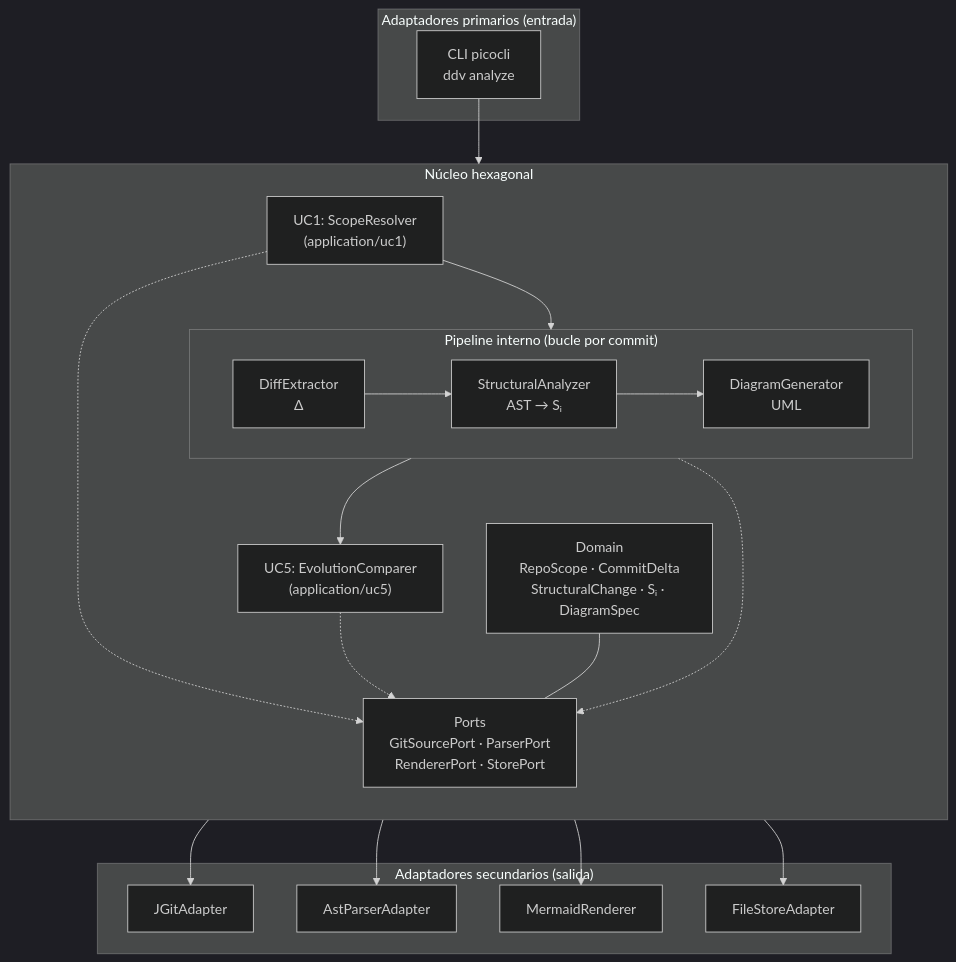
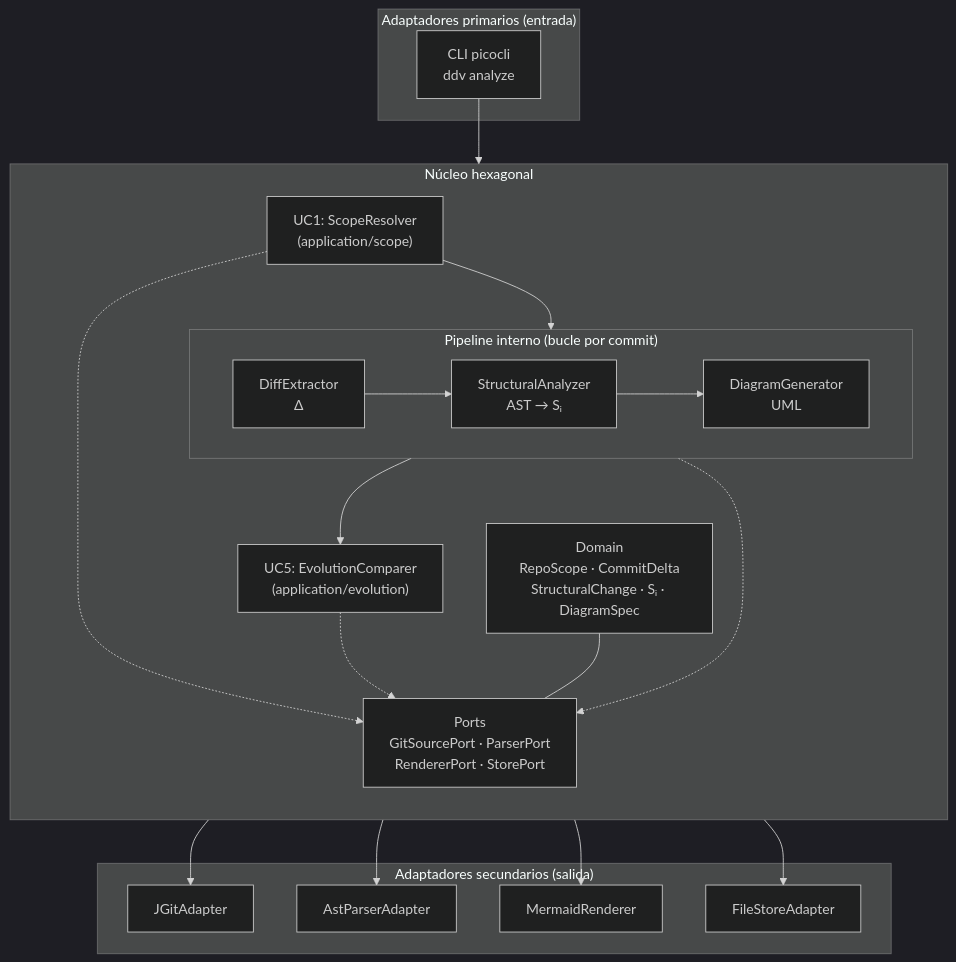
The first of 3 diagrams in docs/architecture.md (van2015/DDV), drawn with Mermaid (dark theme) before and after one commit. The commit also changed other lines of this file and 9 other files, not shown here.

First line of the commit message:
refactor(application): rename uc1/uc5 packages to scope/evolution

````diff
--- a/docs/architecture.md
+++ b/docs/architecture.md
@@ -19,37 +19,37 @@
 ```mermaid
 flowchart TB
     subgraph primarios["Adaptadores primarios (entrada)"]
         CLI["CLI picocli<br/>ddv analyze"]
     end
 
     subgraph nucleo["Núcleo hexagonal"]
         direction TB
-        UC1["UC1: ScopeResolver<br/>(application/uc1)"]
+        UC1["UC1: ScopeResolver<br/>(application/scope)"]
         subgraph pipeline["Pipeline interno (bucle por commit)"]
             direction LR
             P1["DiffExtractor<br/>Δ"] --> P2["StructuralAnalyzer<br/>AST → Sᵢ"] --> P3["DiagramGenerator<br/>UML"]
         end
-        UC5["UC5: EvolutionComparer<br/>(application/uc5)"]
+        UC5["UC5: EvolutionComparer<br/>(application/evolution)"]
         ports["Ports<br/>GitSourcePort · ParserPort<br/>RendererPort · StorePort"]
         dominio["Domain<br/>RepoScope · CommitDelta<br/>StructuralChange · Sᵢ · DiagramSpec"]
     end
 
     subgraph secundarios["Adaptadores secundarios (salida)"]
         JGit["JGitAdapter"]
         AST["AstParserAdapter"]
         MER["MermaidRenderer"]
         FS["FileStoreAdapter"]
     end
 
     CLI --> UC1
     UC1 --> pipeline
     pipeline --> UC5
     pipeline -.-> ports
     UC1 -.-> ports
     UC5 -.-> ports
     ports --> JGit
     ports --> AST
     ports --> MER
     ports --> FS
     dominio --- ports
 ```
````
